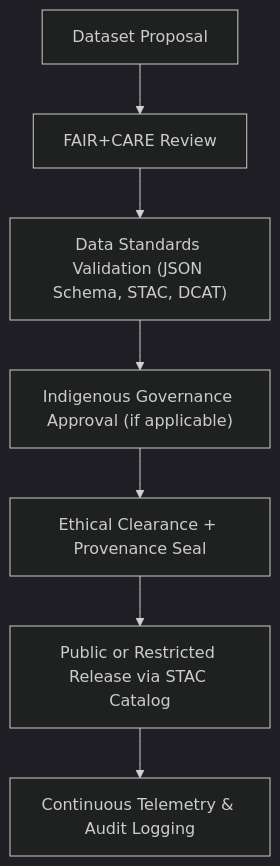
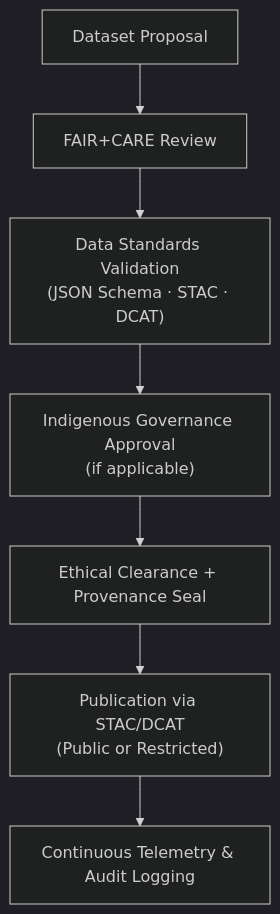
Before and after one commit to bartytime4life/Kansas-Frontier-Matrix: the diagram in docs/data/governance/README.md, drawn with Mermaid (dark theme). The commit also changed other lines of this file, not shown here.

````diff
--- a/docs/data/governance/README.md
+++ b/docs/data/governance/README.md
@@ -74,9 +136,9 @@
 ```mermaid
 flowchart TD
-A["Dataset Proposal"] --> B["FAIR+CARE Review"]
-B --> C["Data Standards Validation (JSON Schema, STAC, DCAT)"]
-C --> D["Indigenous Governance Approval (if applicable)"]
-D --> E["Ethical Clearance + Provenance Seal"]
-E --> F["Public or Restricted Release via STAC Catalog"]
-F --> G["Continuous Telemetry & Audit Logging"]
+  A["Dataset Proposal"] --> B["FAIR+CARE Review"]
+  B --> C["Data Standards Validation\n(JSON Schema · STAC · DCAT)"]
+  C --> D["Indigenous Governance Approval\n(if applicable)"]
+  D --> E["Ethical Clearance + Provenance Seal"]
+  E --> F["Publication via STAC/DCAT\n(Public or Restricted)"]
+  F --> G["Continuous Telemetry & Audit Logging"]
 ```
````
